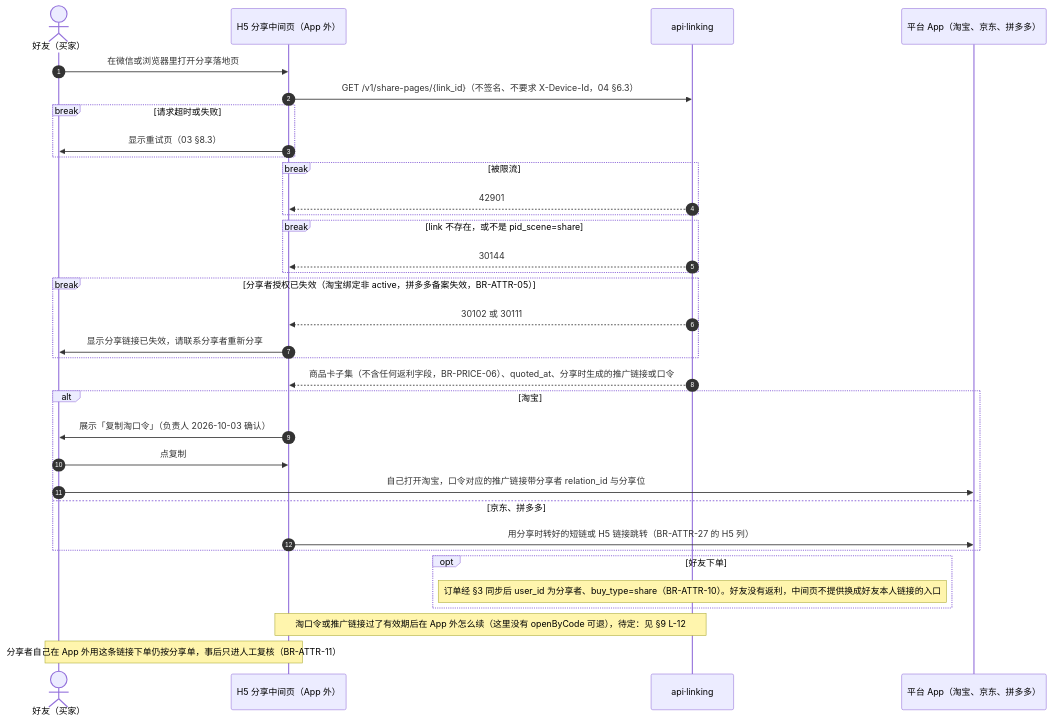
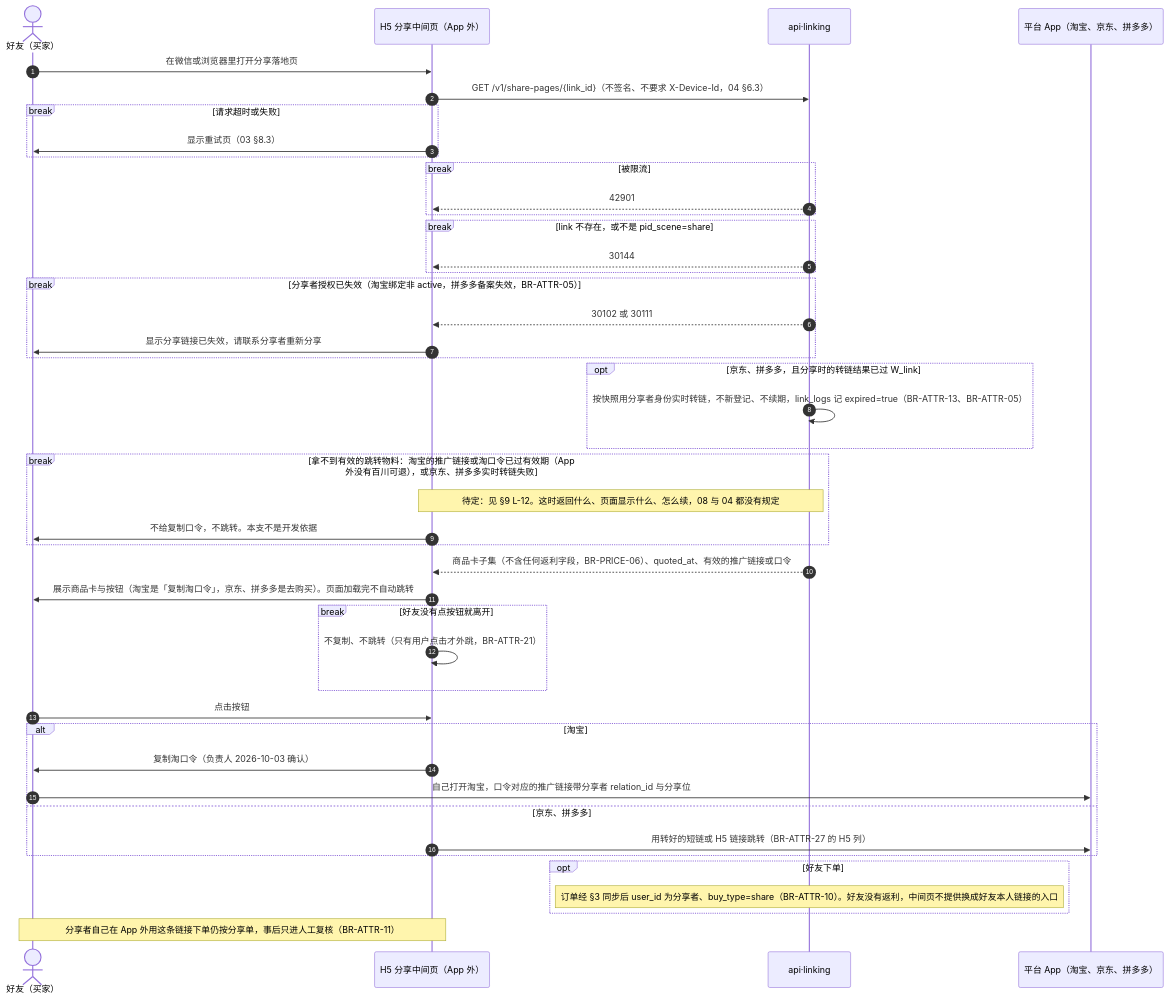
Diagram 11 of 41 in 规划/12_关键流程与状态图.md (zora4523-bot/couli), drawn with Mermaid before and after one commit. The commit also changed other lines of this file, not shown here.

Commit message:
docs(12): section 2.8, only valid share material reaches the jump, and the jump needs a click (Codex round 2 B07, B18)
- Expired JD / PDD convert results are re-converted from the snapshot
  (BR-ATTR-13). When no valid material exists (Taobao link or tpwd expired,
  or the re-convert failed) the flow ends in a pending break: nothing is
  copied and nothing is opened (section 9 L-12).
- All three platforms show the card and a button first; the page never
  jumps on load, leaving without a click triggers nothing, and only the
  click copies the tpwd or opens JD / PDD (BR-ATTR-21).
- Section 0.1: the "pending" convention now says a pending case must end
  in a terminating or non-executing node.

````diff
--- a/规划/12_关键流程与状态图.md
+++ b/规划/12_关键流程与状态图.md
@@ -830,37 +830,47 @@
 ```mermaid
 sequenceDiagram
   autonumber
   actor B as 好友（买家）
   participant H as H5 分享中间页（App 外）
   participant A as api·linking
   participant PA as 平台 App（淘宝、京东、拼多多）
 
   B->>H: 在微信或浏览器里打开分享落地页
   H->>A: GET /v1/share-pages/{link_id}（不签名、不要求 X-Device-Id，04 §6.3）
   break 请求超时或失败
     H->>B: 显示重试页（03 §8.3）
   end
   break 被限流
     A-->>H: 42901
   end
   break link 不存在，或不是 pid_scene=share
     A-->>H: 30144
   end
   break 分享者授权已失效（淘宝绑定非 active，拼多多备案失效，BR-ATTR-05）
     A-->>H: 30102 或 30111
     H->>B: 显示分享链接已失效，请联系分享者重新分享
   end
-  A-->>H: 商品卡子集（不含任何返利字段，BR-PRICE-06）、quoted_at、分享时生成的推广链接或口令
+  opt 京东、拼多多，且分享时的转链结果已过 W_link
+    A->>A: 按快照用分享者身份实时转链，不新登记、不续期，link_logs 记 expired=true（BR-ATTR-13、BR-ATTR-05）
+  end
+  break 拿不到有效的跳转物料：淘宝的推广链接或淘口令已过有效期（App 外没有百川可退），或京东、拼多多实时转链失败
+    Note over H,A: 待定：见 §9 L-12。这时返回什么、页面显示什么、怎么续，08 与 04 都没有规定
+    H->>B: 不给复制口令，不跳转。本支不是开发依据
+  end
+  A-->>H: 商品卡子集（不含任何返利字段，BR-PRICE-06）、quoted_at、有效的推广链接或口令
+  H->>B: 展示商品卡与按钮（淘宝是「复制淘口令」，京东、拼多多是去购买）。页面加载完不自动跳转
+  break 好友没有点按钮就离开
+    H->>H: 不复制、不跳转（只有用户点击才外跳，BR-ATTR-21）
+  end
+  B->>H: 点击按钮
   alt 淘宝
-    H->>B: 展示「复制淘口令」（负责人 2026-10-03 确认）
-    B->>H: 点复制
+    H->>B: 复制淘口令（负责人 2026-10-03 确认）
     B->>PA: 自己打开淘宝，口令对应的推广链接带分享者 relation_id 与分享位
   else 京东、拼多多
-    H->>PA: 用分享时转好的短链或 H5 链接跳转（BR-ATTR-27 的 H5 列）
+    H->>PA: 用转好的短链或 H5 链接跳转（BR-ATTR-27 的 H5 列）
   end
   opt 好友下单
     Note over A: 订单经 §3 同步后 user_id 为分享者、buy_type=share（BR-ATTR-10）。好友没有返利，中间页不提供换成好友本人链接的入口
   end
-  Note over H,A: 淘口令或推广链接过了有效期后在 App 外怎么续（这里没有 openByCode 可退），待定：见 §9 L-12
   Note over B,H: 分享者自己在 App 外用这条链接下单仍按分享单，事后只进人工复核（BR-ATTR-11）
 ```
````
